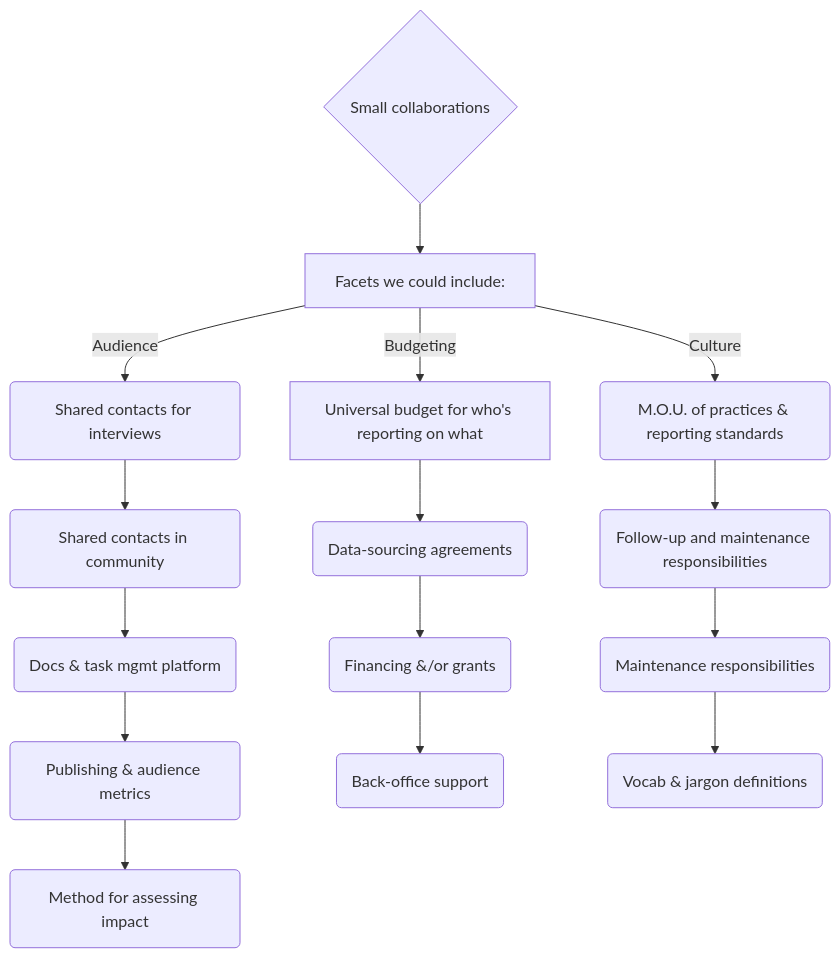
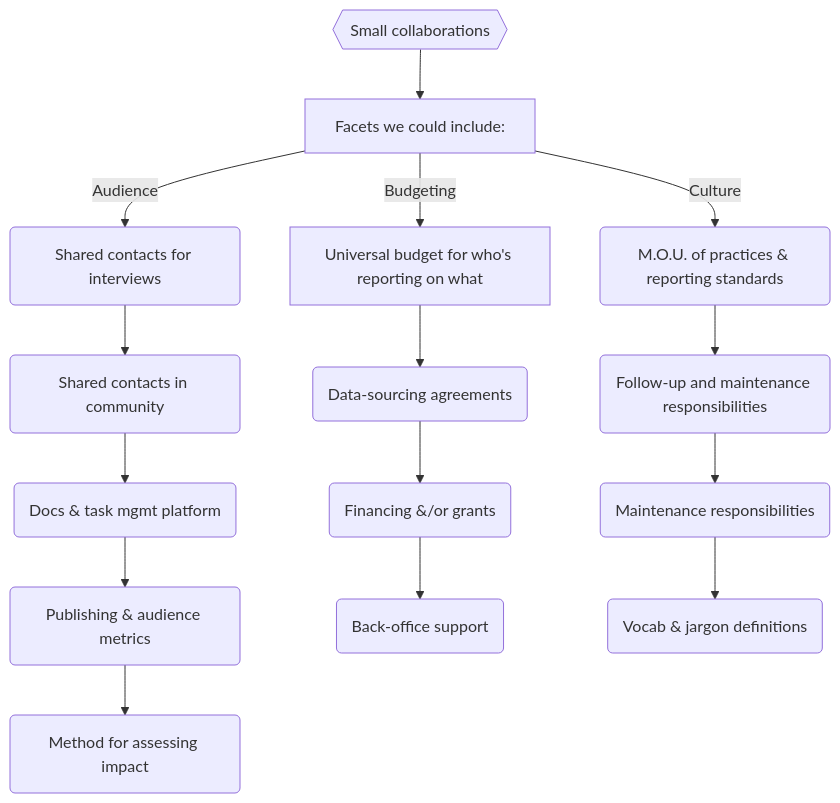
Before and after one commit to tiffehr/collaboration-capstone: the second of 4 diagrams in docs/README.md, drawn with Mermaid. The commit also changed other lines of this file, not shown here.

Commit message:
stubs for Small, Medium and Large diagrams

```diff
--- a/docs/README.md
+++ b/docs/README.md
@@ -30,17 +34,17 @@
 <div class="mermaid">
 graph TD
-  A{"Small" collaborations} --> B[Facets we could include:]
-    B --> |Audience| a1(Shared contacts for interviews)
-      a1 --> a2(Shared contacts in community)
-      a2 --> a3(Docs & task mgmt platform)
-      a3 --> a4(Publishing & audience metrics)
-      a4 --> a5(Method for assessing impact)
-    B --> |Budgeting| b1[Universal budget for who's reporting on what]
-      b1 --> b2(Data-sourcing agreements)
-      b2 --> b3(Financing &/or grants)
-      b3 --> b4(Back-office support)
-    B --> |Culture| C(M.O.U. of practices & reporting standards)
+  SM{{"Small" collaborations}} --> F[Facets we could include:]
+    F --> |Audience| A(Shared contacts for interviews)
+      A --> a1(Shared contacts in community)
+      a1 --> a2(Docs & task mgmt platform)
+      a2 --> a3(Publishing & audience metrics)
+      a3 --> a4(Method for assessing impact)
+    F --> |Budgeting| B[Universal budget for who's reporting on what]
+      B --> b1(Data-sourcing agreements)
+      b1 --> b2(Financing &/or grants)
+      b2 --> b3(Back-office support)
+    F --> |Culture| C(M.O.U. of practices & reporting standards)
       C --> c1(Follow-up and maintenance responsibilities)
       c1 --> c2(Maintenance responsibilities)
       c2 --> c3(Vocab & jargon definitions)
 </div>
```
